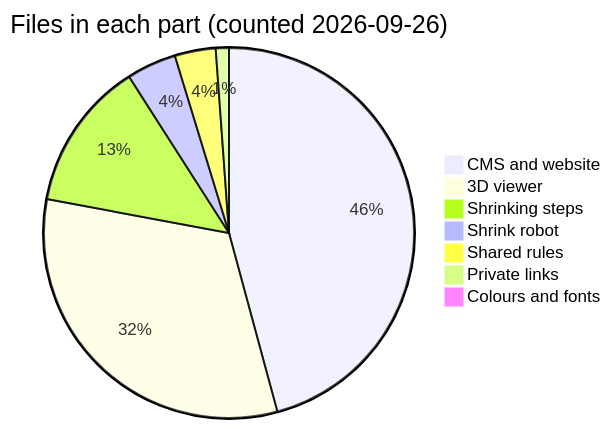
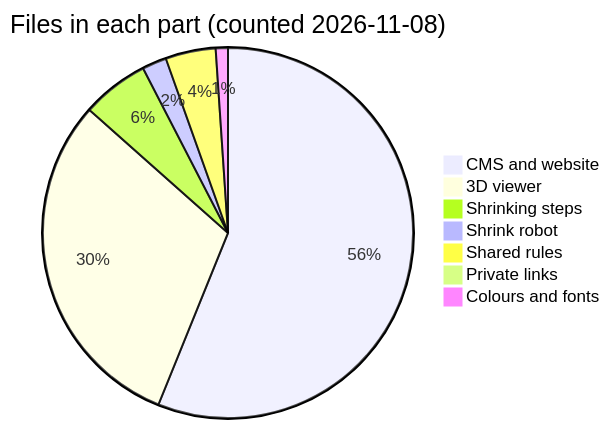
One commit to hateem2121/RUN-APPAREL-W.D changed the second of 2 diagrams in README.md. Above: the diagram before and after it, drawn with Mermaid. The commit also changed 19 other files, not shown here.

````diff
--- a/README.md
+++ b/README.md
@@ -75,10 +75,10 @@
 ```mermaid
-pie title Files in each part (counted 2026-09-26)
-  "CMS and website" : 359
-  "3D viewer" : 252
-  "Shrinking steps" : 102
-  "Shrink robot" : 34
-  "Shared rules" : 28
+pie title Files in each part (counted 2026-11-08)
+  "CMS and website" : 948
+  "3D viewer" : 514
+  "Shrinking steps" : 99
+  "Shrink robot" : 36
+  "Shared rules" : 74
   "Private links" : 9
-  "Colours and fonts" : 4
+  "Colours and fonts" : 18
 ```
````
